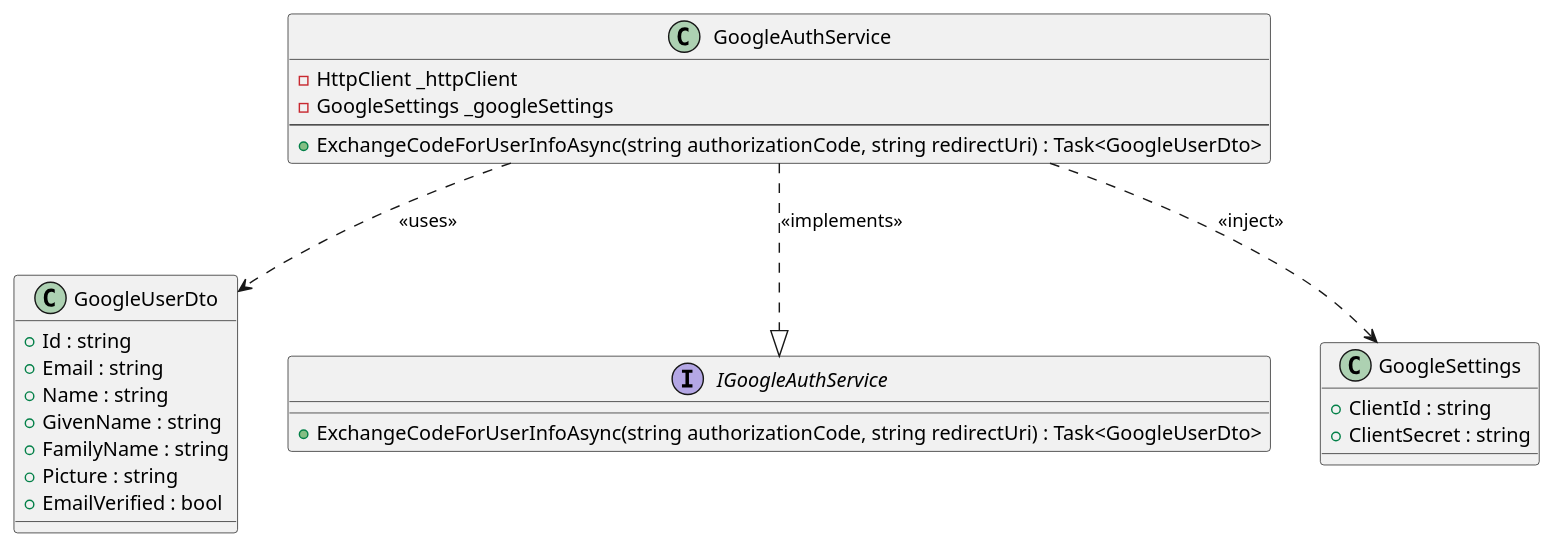
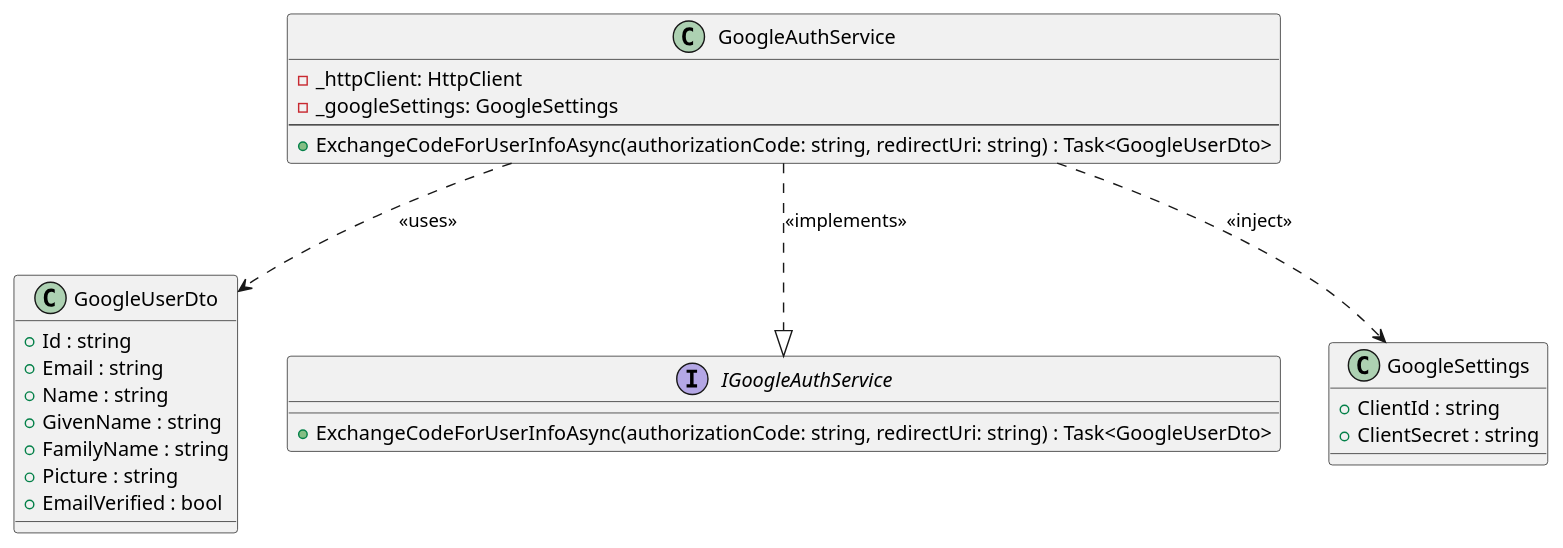
One commit to thanhkhac/SEP_Diagram changed the diagram in common/service/IGoogleAuthService.puml. Above: the diagram before and after it, drawn with PlantUML. The commit also changed 12 other files, not shown here.

Commit message:
Refactor class diagrams for authentication and services

```diff
--- a/common/service/IGoogleAuthService.puml
+++ b/common/service/IGoogleAuthService.puml
@@ -1,38 +1,38 @@
 @startuml
 top to bottom direction
 
 class GoogleUserDto {
     + Id : string
     + Email : string
     + Name : string
     + GivenName : string
     + FamilyName : string
     + Picture : string
     + EmailVerified : bool
 }
 
 interface IGoogleAuthService {
-    + ExchangeCodeForUserInfoAsync(string authorizationCode, string redirectUri) : Task<GoogleUserDto>
+    + ExchangeCodeForUserInfoAsync(authorizationCode: string, redirectUri: string) : Task<GoogleUserDto>
 }
 
 class GoogleAuthService {
-    - HttpClient _httpClient
-    - GoogleSettings _googleSettings
+    - _httpClient: HttpClient
+    - _googleSettings: GoogleSettings
     --
-    + ExchangeCodeForUserInfoAsync(string authorizationCode, string redirectUri) : Task<GoogleUserDto>
+    + ExchangeCodeForUserInfoAsync(authorizationCode: string, redirectUri: string) : Task<GoogleUserDto>
 }
 
 
 class GoogleSettings {
     + ClientId : string
     + ClientSecret : string
 }
 
 GoogleAuthService ..|> IGoogleAuthService : <<implements>>
 GoogleAuthService ..> GoogleSettings : <<inject>>
 GoogleAuthService ..> GoogleUserDto : <<uses>>
 
 
 
 
 @enduml
```
